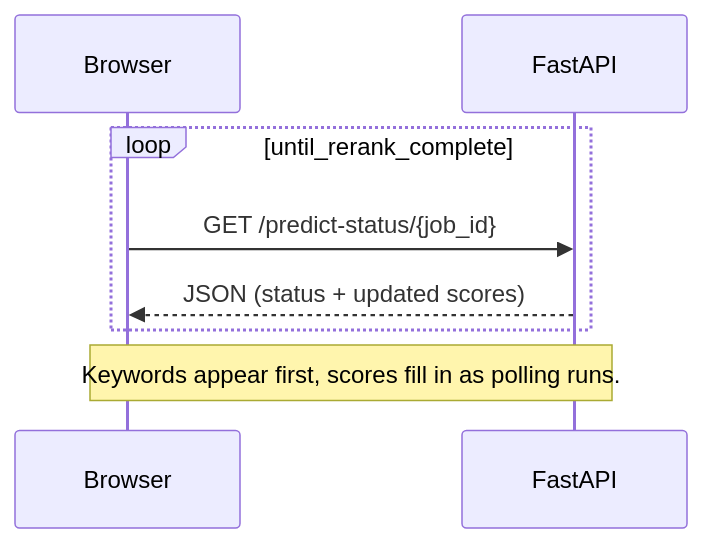
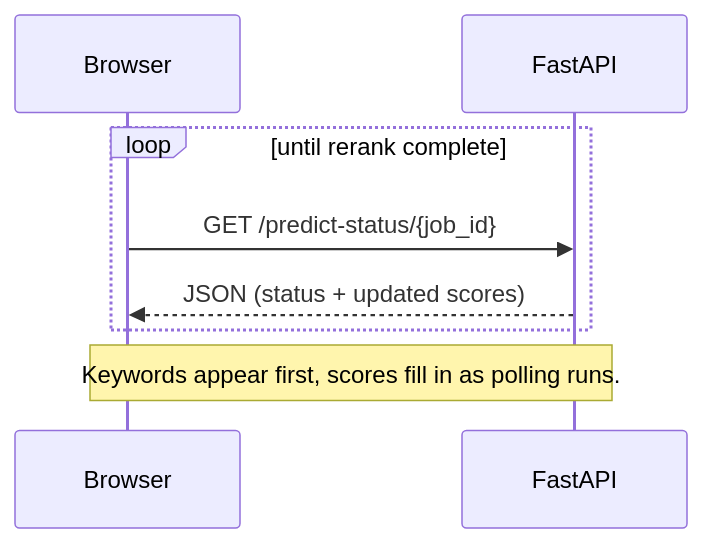
Before and after one commit to cs2535-oakhoury-2026spring/Mills-Museum: the fourth of 5 diagrams in docs/frontend-architecture.md, drawn with Mermaid.

Commit message:
Fix formatting of loop condition in diagram

````diff
--- a/docs/frontend-architecture.md
+++ b/docs/frontend-architecture.md
@@ -126,12 +126,12 @@
 ```mermaid
 %% Diagram: Async score polling
 sequenceDiagram
   participant browser as Browser
   participant fastApi as FastAPI
 
-  loop until_rerank_complete
+  loop until rerank complete
     browser->>fastApi: GET /predict-status/{job_id}
     fastApi-->>browser: JSON (status + updated scores)
   end
   Note over browser,fastApi: Keywords appear first, scores fill in as polling runs.
 ```
````
